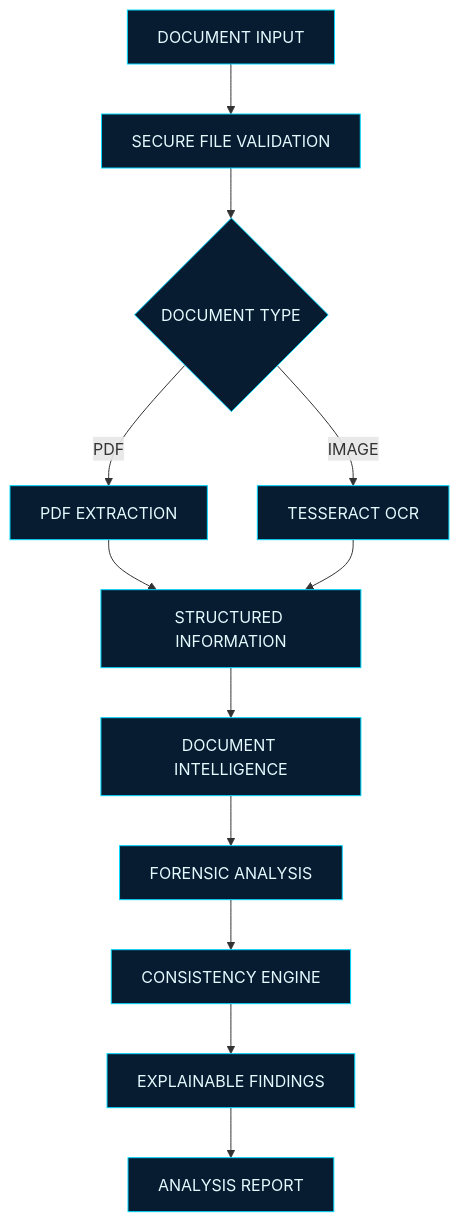
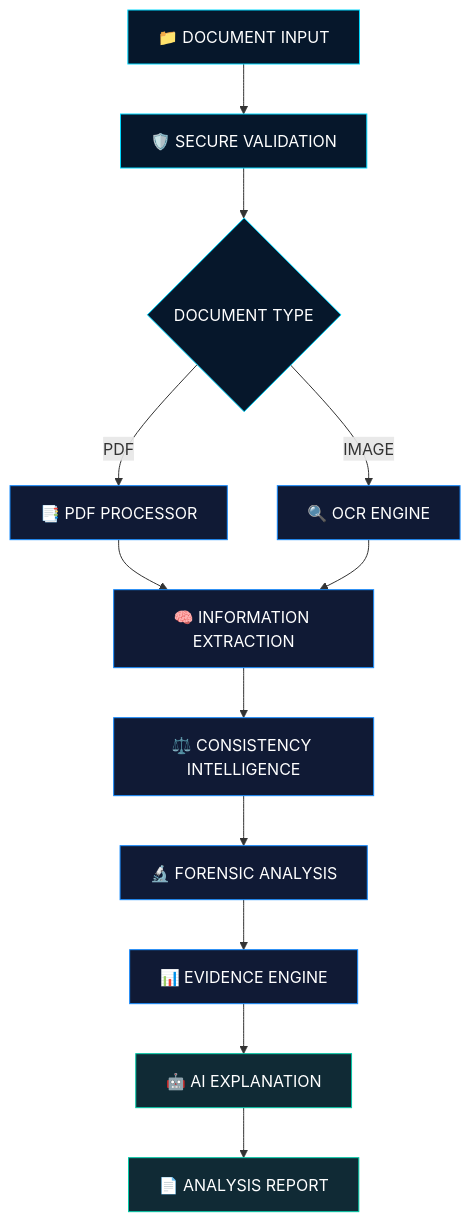
One commit to MrAryanKode/SCAMSCAN-NEXT changed the diagram in README.md. Above: the diagram before and after it, drawn with Mermaid. The commit also changed other lines of this file, not shown here.

````diff
--- a/README.md
+++ b/README.md
@@ -109,18 +154,22 @@
 ```mermaid
 flowchart TD
-    A["DOCUMENT INPUT"] --> B["SECURE FILE VALIDATION"]
+    A["📁 DOCUMENT INPUT"] --> B["🛡️ SECURE VALIDATION"]
     B --> C{"DOCUMENT TYPE"}
-    C -->|PDF| D["PDF EXTRACTION"]
-    C -->|IMAGE| E["TESSERACT OCR"]
-    D --> F["STRUCTURED INFORMATION"]
+    C -->|PDF| D["📑 PDF PROCESSOR"]
+    C -->|IMAGE| E["🔍 OCR ENGINE"]
+    D --> F["🧠 INFORMATION EXTRACTION"]
     E --> F
-    F --> G["DOCUMENT INTELLIGENCE"]
-    G --> H["FORENSIC ANALYSIS"]
-    H --> I["CONSISTENCY ENGINE"]
-    I --> J["EXPLAINABLE FINDINGS"]
-    J --> K["ANALYSIS REPORT"]
+    F --> G["⚖️ CONSISTENCY INTELLIGENCE"]
+    G --> H["🔬 FORENSIC ANALYSIS"]
+    H --> I["📊 EVIDENCE ENGINE"]
+    I --> J["🤖 AI EXPLANATION"]
+    J --> K["📄 ANALYSIS REPORT"]
 
-    classDef primary fill:#071B31,stroke:#00D9FF,color:#E5FAFF
-    classDef process fill:#0A1630,stroke:#168BFF,color:#E5FAFF
-    class A,B,C,D,E,F,G,H,I,J,K primary
+    classDef input fill:#06172B,stroke:#00D9FF,color:#FFFFFF
+    classDef engine fill:#101A35,stroke:#168BFF,color:#FFFFFF
+    classDef output fill:#102A35,stroke:#00C9A7,color:#FFFFFF
+
+    class A,B,C input
+    class D,E,F,G,H,I engine
+    class J,K output
 ```
````
